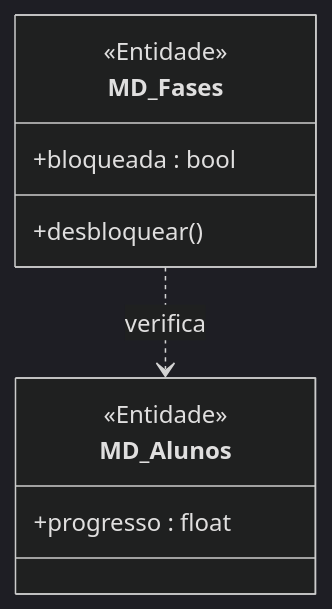
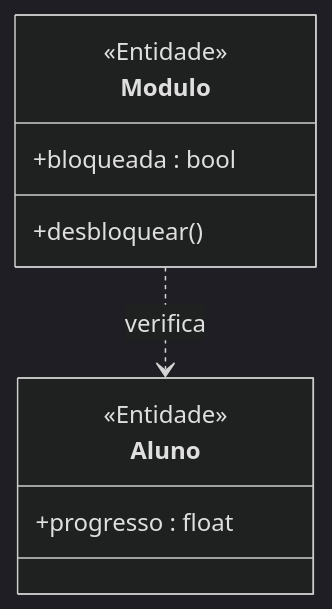
Before and after one commit to MayconDIS/PIM_III-Documentacao_UML: the first of 2 diagrams in PIM_III/02_Modelagem_UML_Astah/UC13_Desbloquear_Fases_Modulos/README.md, drawn with Mermaid (dark theme). The commit also changed other lines of this file and 86 other files, not shown here.

Commit message:
docs(uml): add comprehensive UML diagrams and tutorials for all 15 use cases

````diff
--- a/PIM_III/02_Modelagem_UML_Astah/UC13_Desbloquear_Fases_Modulos/README.md
+++ b/PIM_III/02_Modelagem_UML_Astah/UC13_Desbloquear_Fases_Modulos/README.md
@@ -40,13 +40,13 @@
 ```mermaid
 classDiagram
-    class MD_Fases {
+    class Modulo {
         <<Entidade>>
         +bloqueada : bool
         +desbloquear()
     }
-    class MD_Alunos {
+    class Aluno {
         <<Entidade>>
         +progresso : float
     }
-    MD_Fases ..> MD_Alunos : verifica
+    Modulo ..> Aluno : verifica
 ```
````
